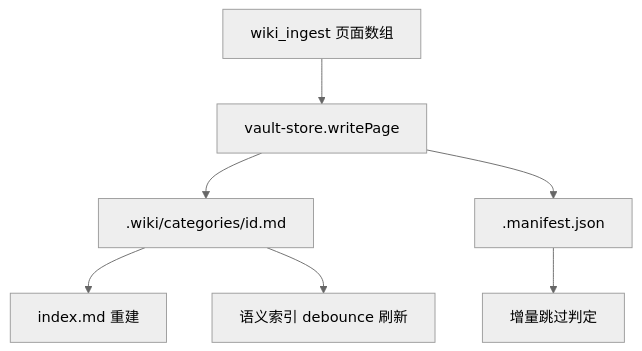
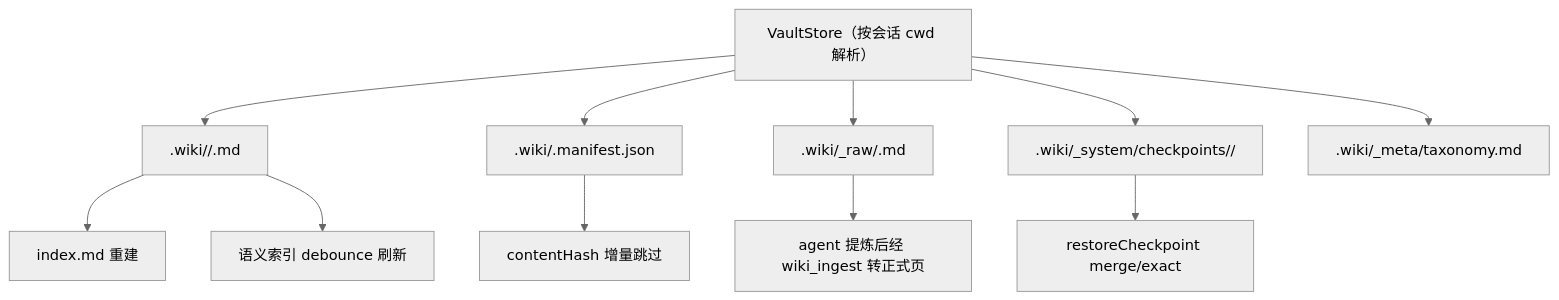
One commit to yangdongzhen590/dsh-knj-obsidian changed the second of 2 diagrams in .wiki/projects/capability-知识写入.md. Above: the diagram before and after it, drawn with Mermaid (neutral theme). The commit also changed other lines of this file and 40 other files, not shown here.

````diff
--- a/.wiki/projects/capability-知识写入.md
+++ b/.wiki/projects/capability-知识写入.md
@@ -162,9 +248,13 @@
 ```mermaid
 graph TD
-  A[wiki_ingest 页面数组] --> B[vault-store.writePage]
-  B --> C[.wiki/categories/id.md]
-  B --> D[.manifest.json]
-  C --> E[index.md 重建]
-  C --> F[语义索引 debounce 刷新]
-  D --> G[增量跳过判定]
+  S["VaultStore（按会话 cwd 解析）"] --> P[".wiki/<category>/<id>.md"]
+  S --> M[".wiki/.manifest.json"]
+  S --> R[".wiki/_raw/<id>.md"]
+  S --> C[".wiki/_system/checkpoints/<ISO>/"]
+  S --> T[".wiki/_meta/taxonomy.md"]
+  P --> I["index.md 重建"]
+  P --> N["语义索引 debounce 刷新"]
+  M --> Q["contentHash 增量跳过"]
+  C --> X["restoreCheckpoint merge/exact"]
+  R --> Y["agent 提炼后经 wiki_ingest 转正式页"]
 ```
````
